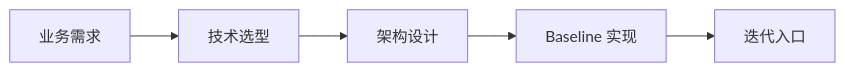
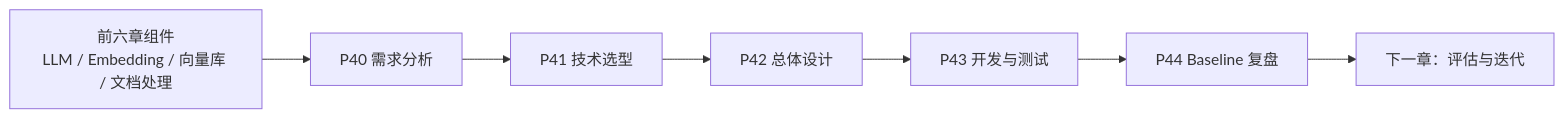
The diagram in notes/07-baseline-rag/p039-企业制度问答-Baseline-本章导学.md (luyunix/rag_study), drawn with Mermaid before and after one commit. The commit also changed other lines of this file and 25 other files, not shown here.

````diff
--- a/notes/07-baseline-rag/p039-企业制度问答-Baseline-本章导学.md
+++ b/notes/07-baseline-rag/p039-企业制度问答-Baseline-本章导学.md
@@ -17,12 +20,11 @@
 ```mermaid
 flowchart LR
-    N0["业务需求"]
-    N1["技术选型"]
-    N2["架构设计"]
-    N3["Baseline 实现"]
-    N4["迭代入口"]
-    N0 --> N1
-    N1 --> N2
-    N2 --> N3
-    N3 --> N4
+    P["前六章组件<br/>LLM / Embedding / 向量库 / 文档处理"]
+    R["P40 需求分析"]
+    S["P41 技术选型"]
+    A["P42 总体设计"]
+    I["P43 开发与测试"]
+    B["P44 Baseline 复盘"]
+    E["下一章：评估与迭代"]
+    P --> R --> S --> A --> I --> B --> E
 ```
````
